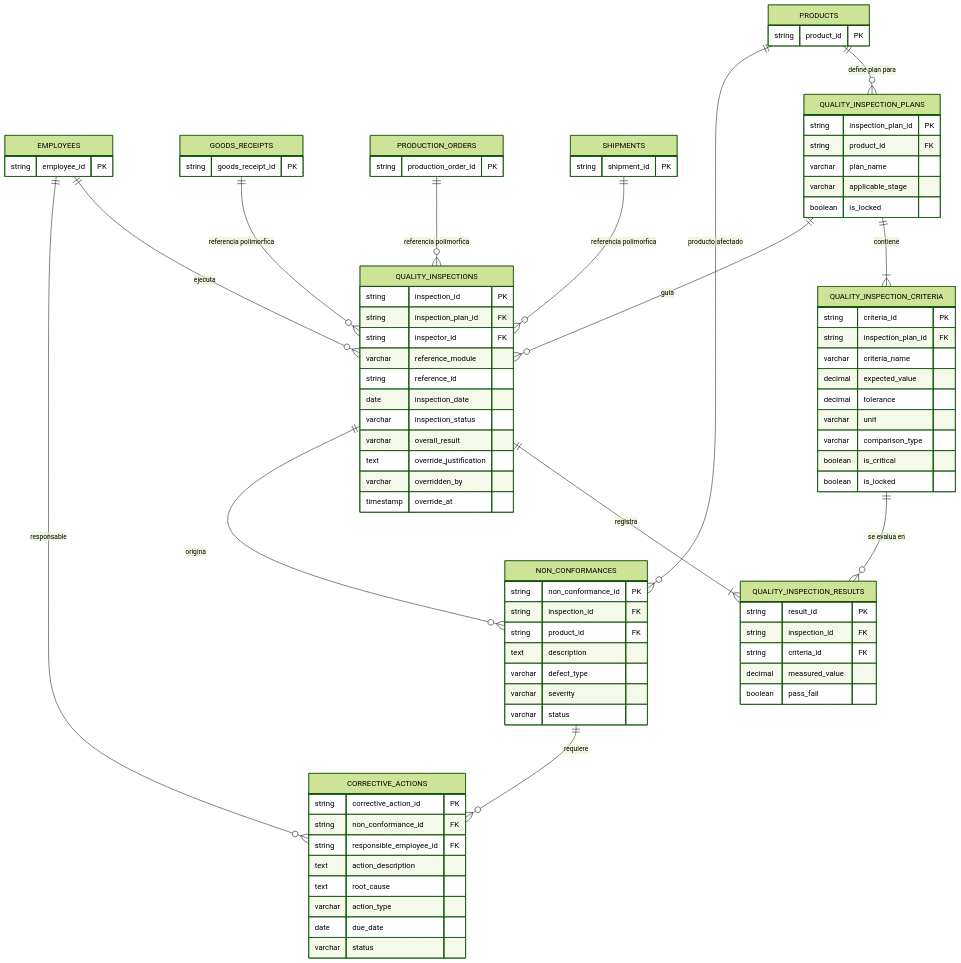
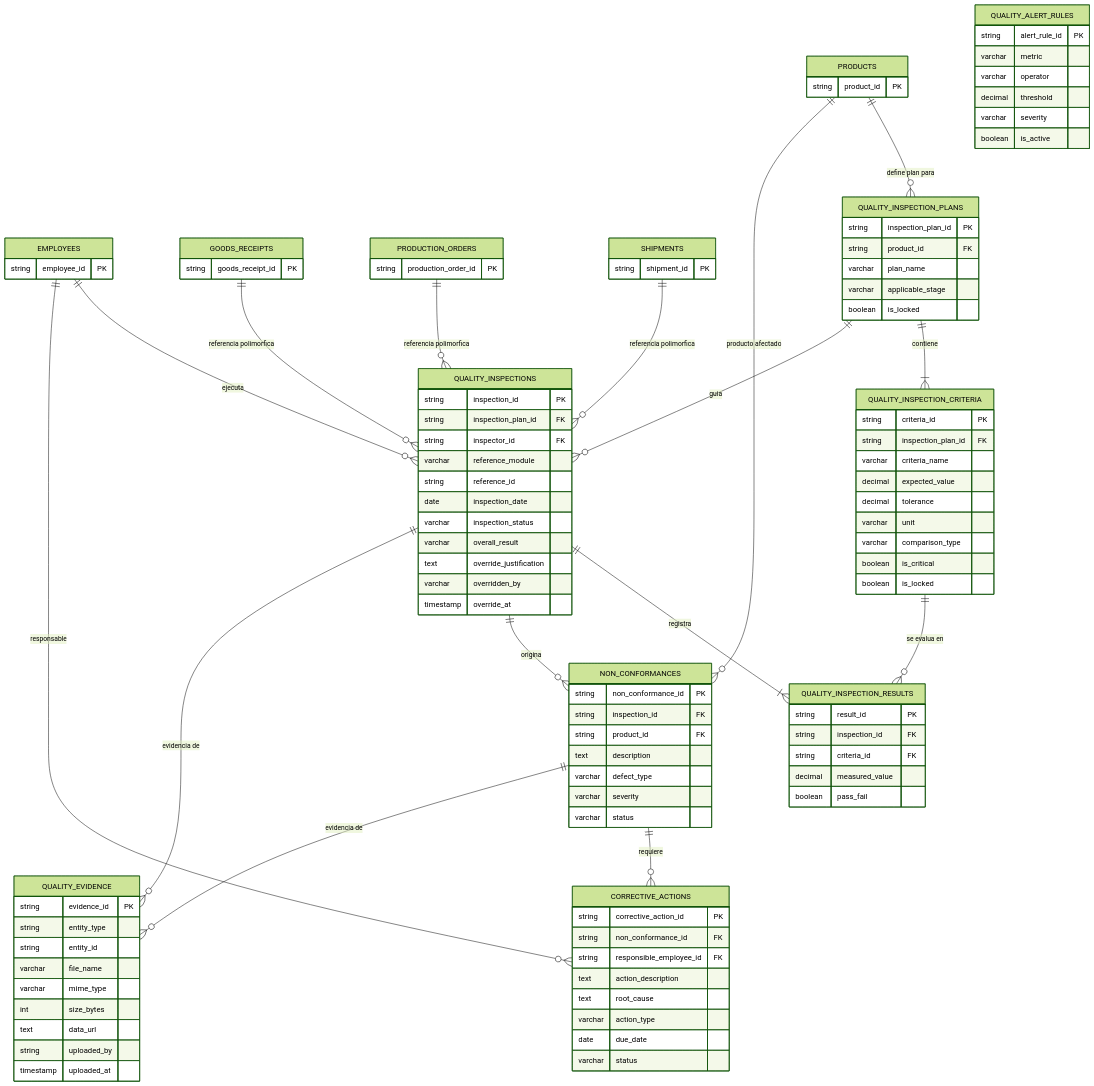
Before and after one commit to MDS-BI/Grupo-08: the diagram in specs/002-quality-control-module/data-model.md, drawn with Mermaid (forest theme). The commit also changed other lines of this file and 8 other files, not shown here.

```diff
--- a/specs/002-quality-control-module/data-model.md
+++ b/specs/002-quality-control-module/data-model.md
@@ -88,6 +88,25 @@
         date due_date
         varchar status
     }
+    QUALITY_EVIDENCE {
+        string evidence_id PK
+        string entity_type
+        string entity_id
+        varchar file_name
+        varchar mime_type
+        int size_bytes
+        text data_url
+        string uploaded_by
+        timestamp uploaded_at
+    }
+    QUALITY_ALERT_RULES {
+        string alert_rule_id PK
+        varchar metric
+        varchar operator
+        decimal threshold
+        varchar severity
+        boolean is_active
+    }
 
     PRODUCTS ||--o{ QUALITY_INSPECTION_PLANS : "define plan para"
     PRODUCTS ||--o{ NON_CONFORMANCES : "producto afectado"
@@ -99,6 +118,8 @@
     QUALITY_INSPECTIONS ||--|{ QUALITY_INSPECTION_RESULTS : "registra"
     QUALITY_INSPECTIONS ||--o{ NON_CONFORMANCES : "origina"
     NON_CONFORMANCES ||--o{ CORRECTIVE_ACTIONS : "requiere"
+    QUALITY_INSPECTIONS ||--o{ QUALITY_EVIDENCE : "evidencia de"
+    NON_CONFORMANCES ||--o{ QUALITY_EVIDENCE : "evidencia de"
     GOODS_RECEIPTS ||--o{ QUALITY_INSPECTIONS : "referencia polimorfica"
     PRODUCTION_ORDERS ||--o{ QUALITY_INSPECTIONS : "referencia polimorfica"
     SHIPMENTS ||--o{ QUALITY_INSPECTIONS : "referencia polimorfica"
```
